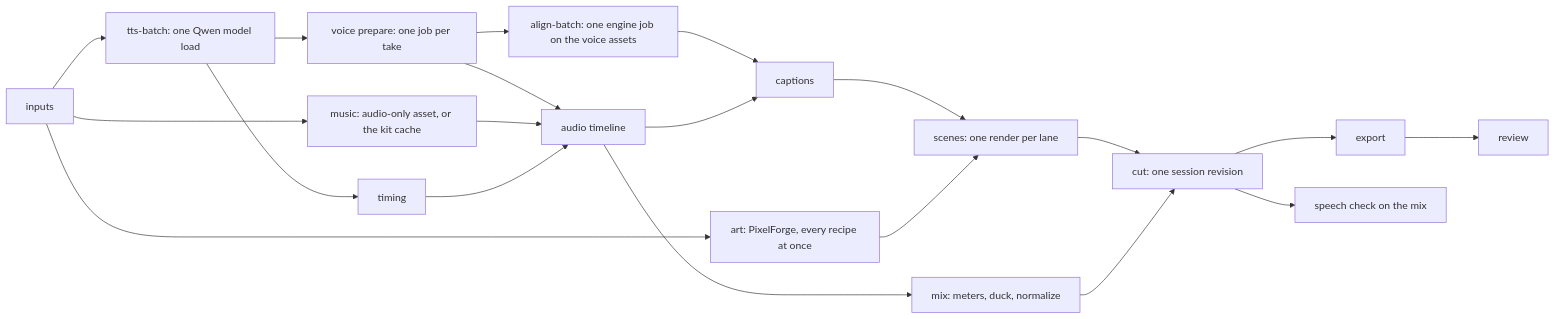
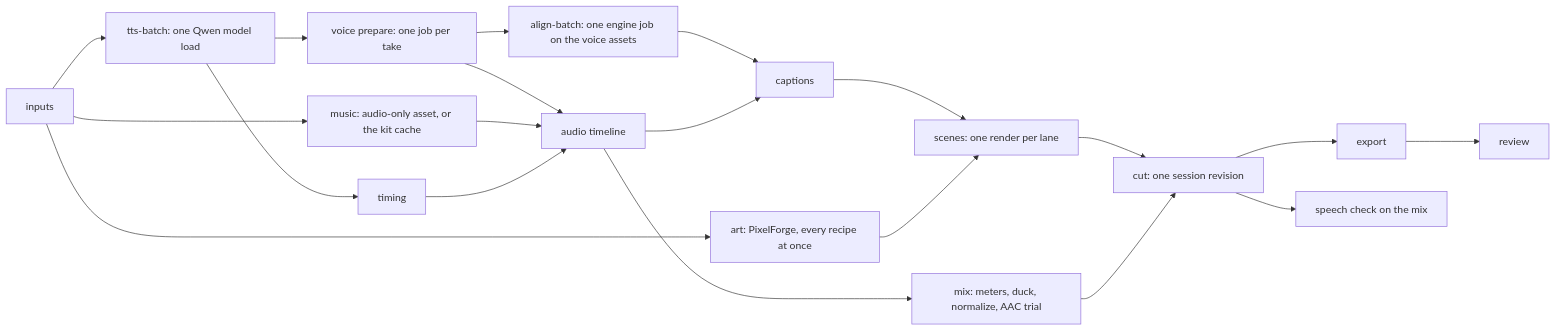
Before and after one commit to skulitom/Cutbolt: the diagram in docs/PRODUCTION.md, drawn with Mermaid. The commit also changed other lines of this file and 7 other files, not shown here.

````diff
--- a/docs/PRODUCTION.md
+++ b/docs/PRODUCTION.md
@@ -129,22 +131,22 @@
 ```mermaid
 flowchart LR
     I[inputs] --> A[art: PixelForge, every recipe at once]
     I --> T[tts-batch: one Qwen model load]
     I --> M[music: audio-only asset, or the kit cache]
     T --> V[voice prepare: one job per take]
     T --> TM[timing]
     V --> AU[audio timeline]
     M --> AU
     TM --> AU
-    AU --> X[mix: meters, duck, normalize]
+    AU --> X[mix: meters, duck, normalize, AAC trial]
     V --> L[align-batch: one engine job on the voice assets]
     L --> C[captions]
     AU --> C
     C --> S[scenes: one render per lane]
     A --> S
     S --> CUT[cut: one session revision]
     X --> CUT
     CUT --> E[export]
     CUT --> SP[speech check on the mix]
     E --> R[review]
 ```
````
